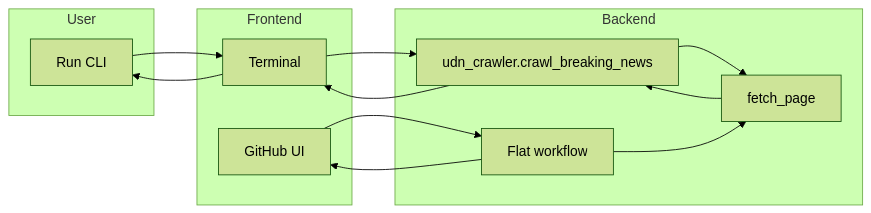
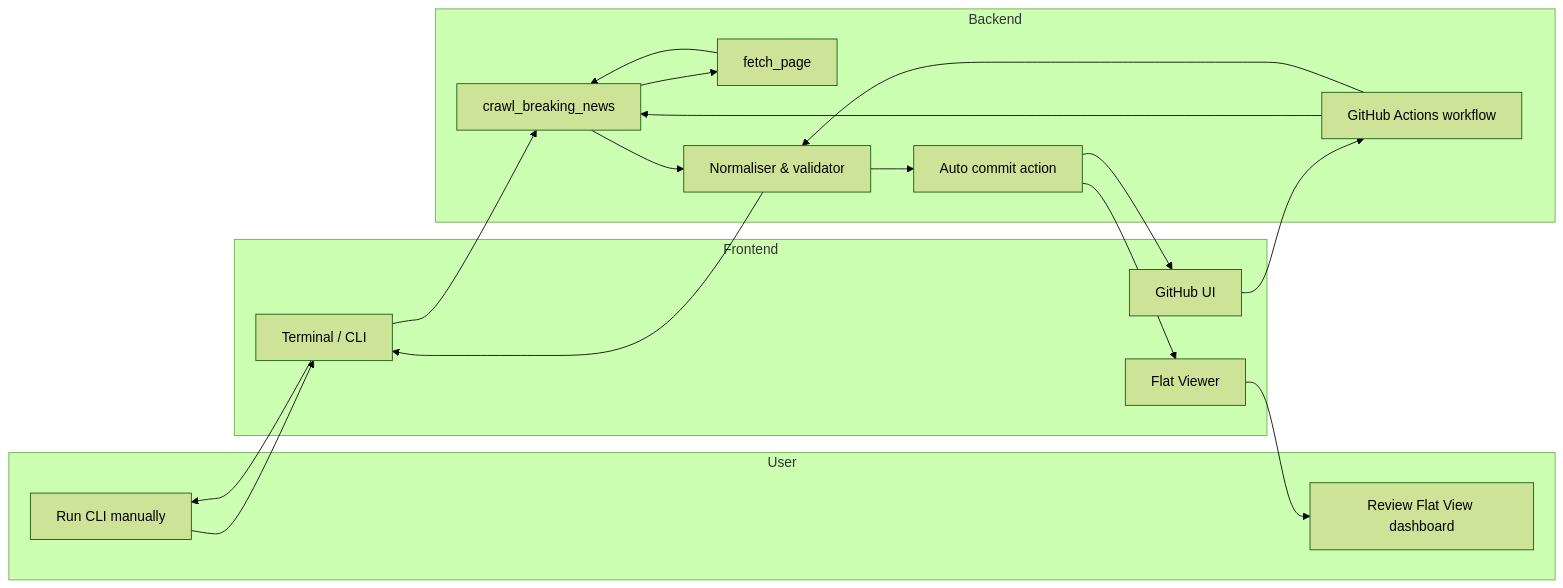
Before and after one commit to muyueh/test-scarp: the sixth of 6 diagrams in README.md, drawn with Mermaid (forest theme). The commit also changed other lines of this file and 2 other files, not shown here.

Commit message:
chore: normalize dataset workflow

````diff
--- a/README.md
+++ b/README.md
@@ -68,20 +96,25 @@
 ```mermaid
 flowchart LR
     subgraph User
-        U1[Run CLI]
+        U1[Run CLI manually]
+        U2[Review Flat View dashboard]
     end
     subgraph Frontend
-        F1[Terminal]
+        F1[Terminal / CLI]
         F2[GitHub UI]
+        F3[Flat Viewer]
     end
     subgraph Backend
-        B1[udn_crawler.crawl_breaking_news]
+        B1[crawl_breaking_news]
         B2[fetch_page]
-        B3[Flat workflow]
+        B3[Normaliser & validator]
+        B4[GitHub Actions workflow]
+        B5[Auto commit action]
     end
 
     U1 --> F1 --> B1 --> B2 --> B1
-    B1 --> F1 --> U1
-    F2 --> B3 --> B2
-    B3 --> F2
+    B1 --> B3 --> F1 --> U1
+    F2 --> B4 --> B1
+    B4 --> B3 --> B5 --> F2
+    B5 --> F3 --> U2
 ```
````
